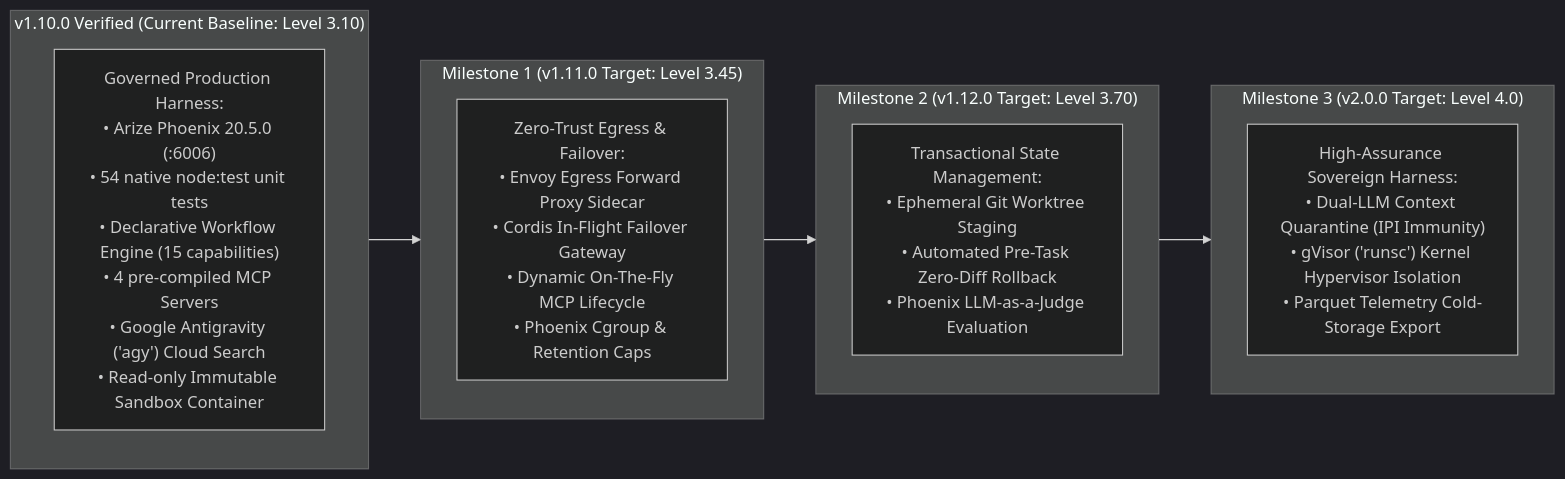
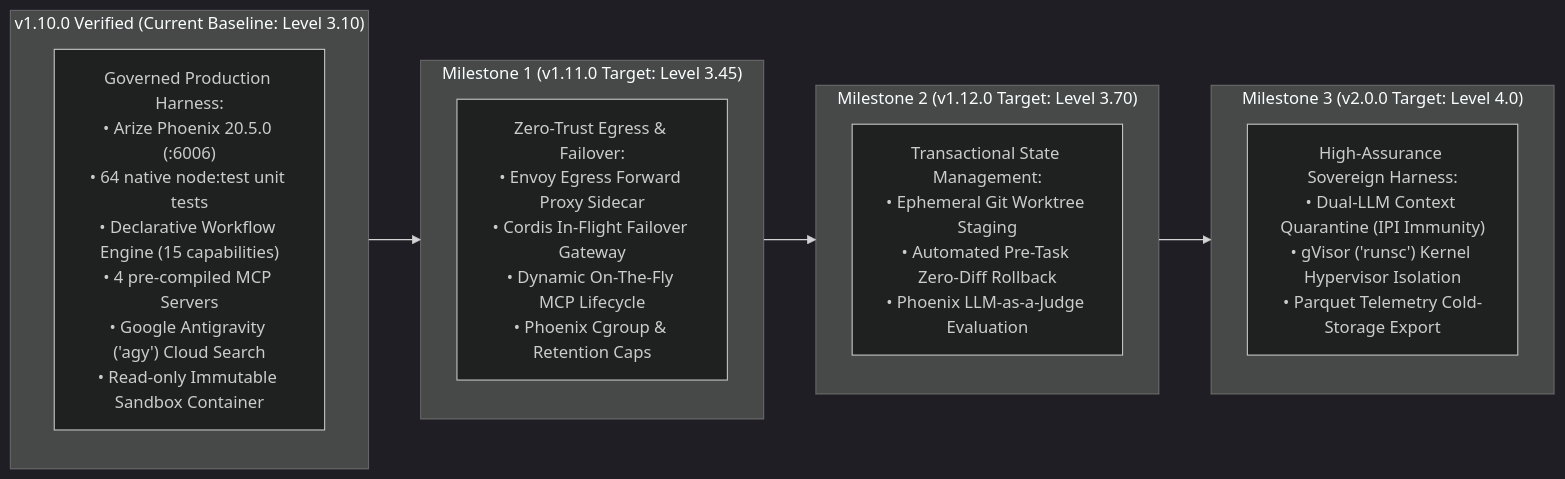
The fifth of 5 diagrams in docs/future-development/SOTA-ResearchReport-ProductionArch.md (hdjebar/DSH-DDS), drawn with Mermaid (dark theme) before and after one commit. The commit also changed other lines of this file and 20 other files, not shown here.

````diff
--- a/docs/future-development/SOTA-ResearchReport-ProductionArch.md
+++ b/docs/future-development/SOTA-ResearchReport-ProductionArch.md
@@ -379,24 +379,24 @@
 ```mermaid
 flowchart LR
     subgraph V110["v1.10.0 Verified (Current Baseline: Level 3.10)"]
         direction TB
-        B1["Governed Production Harness:<br/>• Arize Phoenix 20.5.0 (:6006)<br/>• 54 native node:test unit tests<br/>• Declarative Workflow Engine (15 capabilities)<br/>• 4 pre-compiled MCP Servers<br/>• Google Antigravity ('agy') Cloud Search<br/>• Read-only Immutable Sandbox Container"]
+        B1["Governed Production Harness:<br/>• Arize Phoenix 20.5.0 (:6006)<br/>• 64 native node:test unit tests<br/>• Declarative Workflow Engine (15 capabilities)<br/>• 4 pre-compiled MCP Servers<br/>• Google Antigravity ('agy') Cloud Search<br/>• Read-only Immutable Sandbox Container"]
     end
 
     subgraph V111["Milestone 1 (v1.11.0 Target: Level 3.45)"]
         direction TB
         T1["Zero-Trust Egress & Failover:<br/>• Envoy Egress Forward Proxy Sidecar<br/>• Cordis In-Flight Failover Gateway<br/>• Dynamic On-The-Fly MCP Lifecycle<br/>• Phoenix Cgroup & Retention Caps"]
     end
 
     subgraph V112["Milestone 2 (v1.12.0 Target: Level 3.70)"]
         direction TB
         T2["Transactional State Management:<br/>• Ephemeral Git Worktree Staging<br/>• Automated Pre-Task Zero-Diff Rollback<br/>• Phoenix LLM-as-a-Judge Evaluation"]
     end
 
     subgraph V200["Milestone 3 (v2.0.0 Target: Level 4.0)"]
         direction TB
         T3["High-Assurance Sovereign Harness:<br/>• Dual-LLM Context Quarantine (IPI Immunity)<br/>• gVisor ('runsc') Kernel Hypervisor Isolation<br/>• Parquet Telemetry Cold-Storage Export"]
     end
 
     V110 --> V111 --> V112 --> V200
 ```
````
